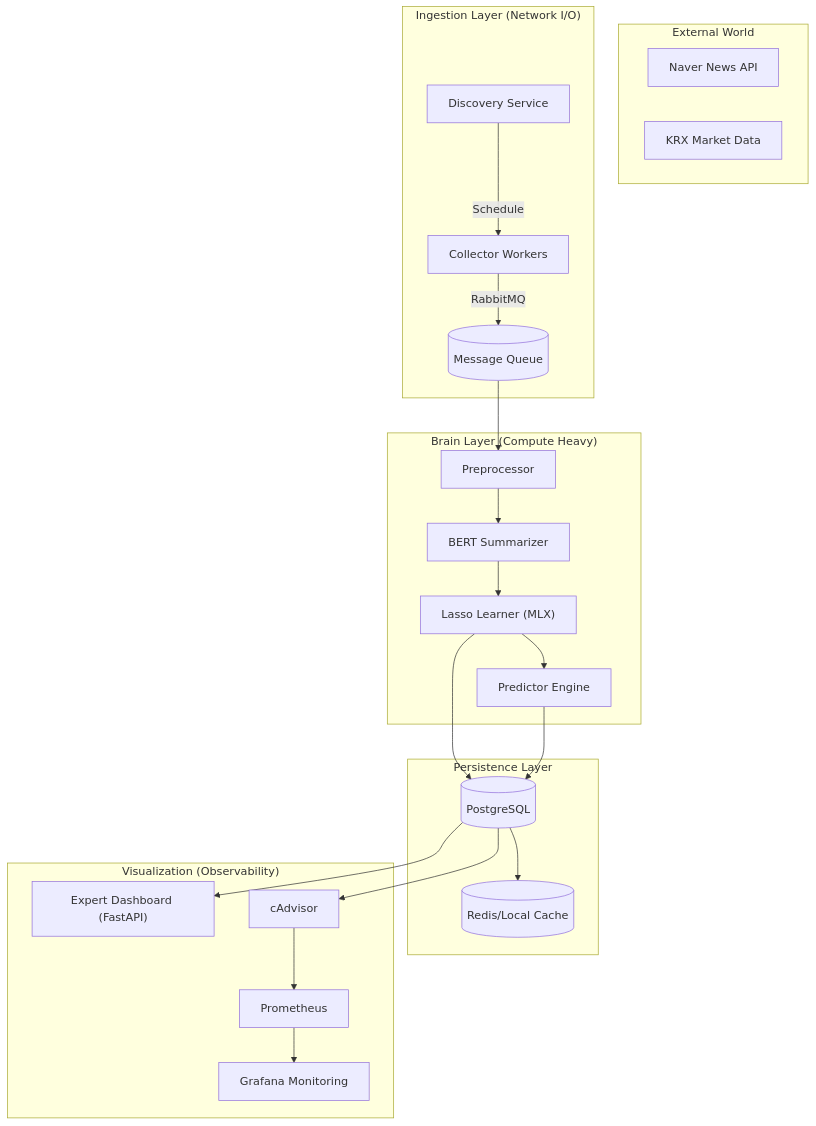
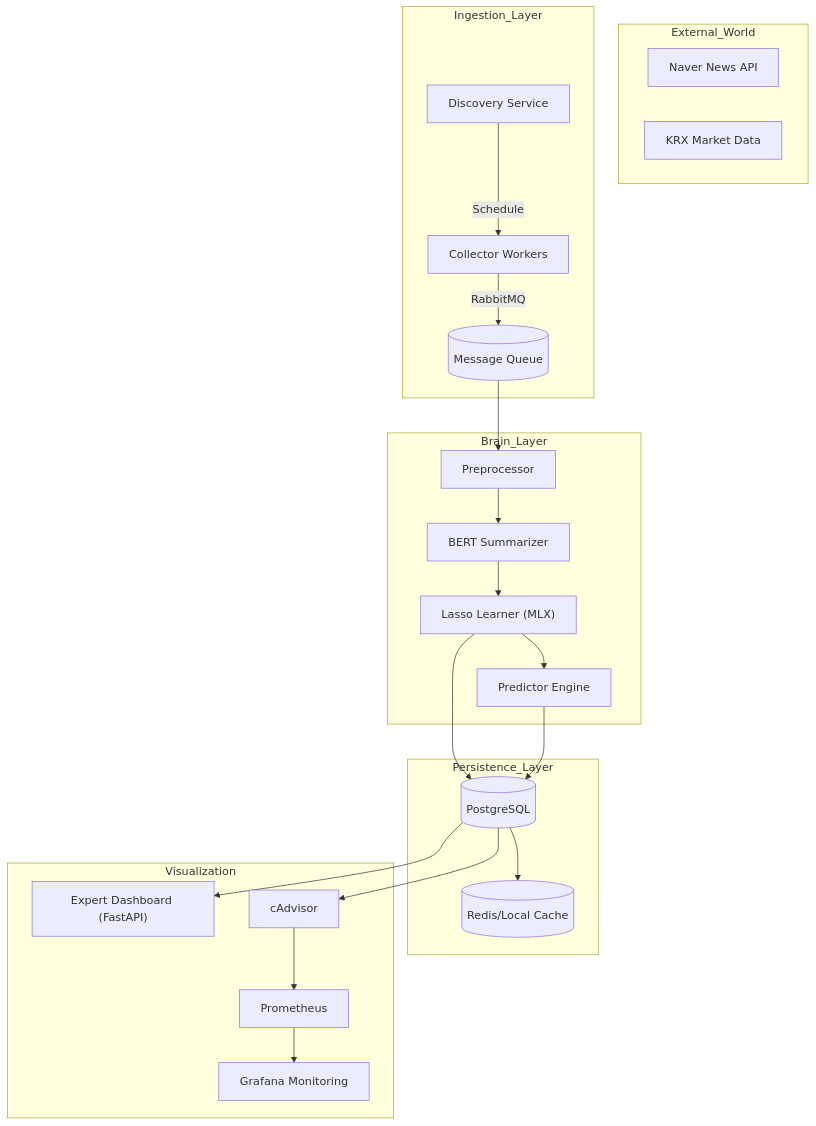
The first of 3 diagrams in README.md (silverwoods-dev/N-SentiTrader), drawn with Mermaid before and after one commit. The commit also changed other lines of this file, not shown here.

````diff
--- a/README.md
+++ b/README.md
@@ -111,32 +111,32 @@
 ```mermaid
 graph TD
-    subgraph "External World"
+    subgraph "External_World"
         Naver["Naver News API"]
         KRX["KRX Market Data"]
     end
 
-    subgraph "Ingestion Layer (Network I/O)"
+    subgraph "Ingestion_Layer"
         Disc["Discovery Service"] --> |Schedule| Coll["Collector Workers"]
         Coll --> |RabbitMQ| MQ[("Message Queue")]
     end
 
-    subgraph "Brain Layer (Compute Heavy)"
+    subgraph "Brain_Layer"
         MQ --> Pre["Preprocessor"]
         Pre --> NLP["BERT Summarizer"]
         NLP --> Train["Lasso Learner (MLX)"]
         Train --> Predict["Predictor Engine"]
     end
 
-    subgraph "Persistence Layer"
+    subgraph "Persistence_Layer"
         Train --> DB[("PostgreSQL")]
         Predict --> DB
         DB --> Cache[("Redis/Local Cache")]
     end
 
-    subgraph "Visualization (Observability)"
+    subgraph "Visualization"
         DB --> Dash["Expert Dashboard (FastAPI)"]
         DB --> Cadvisor["cAdvisor"]
         Cadvisor --> Prom["Prometheus"]
         Prom --> Grafana["Grafana Monitoring"]
     end
 ```
````
